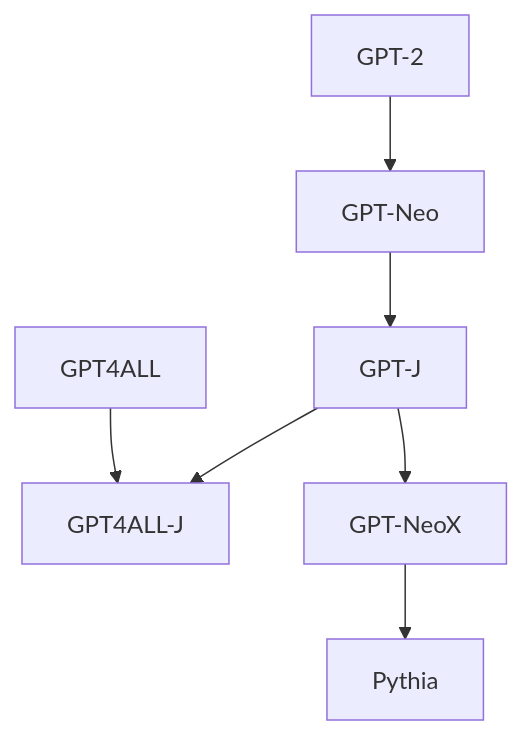
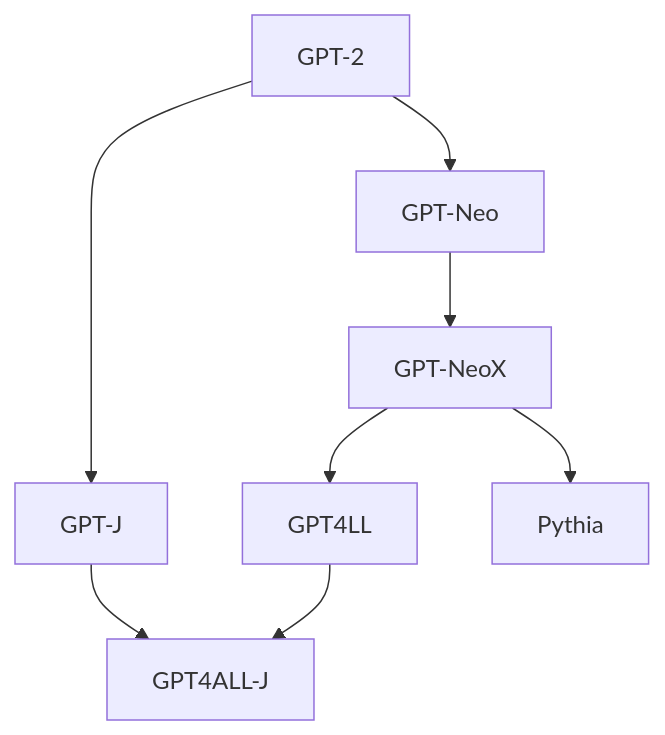
The fourth of 14 diagrams in doc/llm.md (ted-sharp/chatvox), drawn with Mermaid before and after one commit. The commit also changed other lines of this file, not shown here.

````diff
--- a/doc/llm.md
+++ b/doc/llm.md
@@ -225,7 +229,7 @@
 ```mermaid
 flowchart
 
-GPT4ALL --> GPT4ALL-J
-GPT-J --> GPT4ALL-J
-GPT-2 --> GPT-Neo --> GPT-J --> GPT-NeoX --> Pythia
+GPT-2 --> GPT-J --> GPT4ALL-J
+GPT-2 --> GPT-Neo --> GPT-NeoX --> GPT4LL --> GPT4ALL-J
+GPT-NeoX --> Pythia
 ```
````
